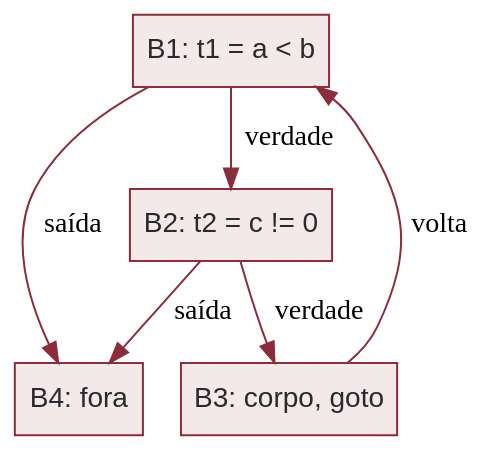
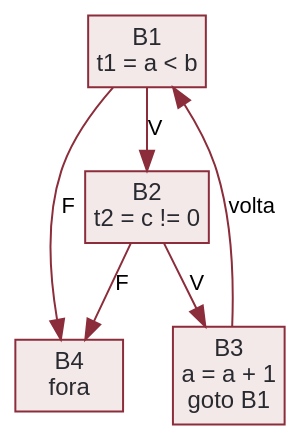
The diagram in src/content/c/fluxo.dot (rodrgds/resumos), drawn with Graphviz before and after one commit. The commit also changed 26 other files, not shown here.

Commit message:
docs(c): revise explanations, exercises and teaching diagrams

```diff
--- a/src/content/c/fluxo.dot
+++ b/src/content/c/fluxo.dot
@@ -1,14 +1,14 @@
 digraph Fluxo {
-  graph [bgcolor="transparent", rankdir=TB, pad=0.2];
-  node [shape=box, style=filled, fillcolor="#f3e9e9", color="#8c2d3b", fontcolor="#292a30", fontname="Arial", fontsize=14];
-  edge [color="#8c2d3b"];
-  B1 -> B2 [label="verdade"];
-  B1 -> B4 [label="saída"];
-  B2 -> B3 [label="verdade"];
-  B2 -> B4 [label="saída"];
+  graph [bgcolor="transparent", rankdir=TB, pad=0.1, nodesep=0.12, ranksep=0.4];
+  node [shape=box, margin=0.07, style=filled, fillcolor="#f3e9e9", color="#8c2d3b", fontcolor="#292a30", fontname="Arial", fontsize=12];
+  edge [color="#8c2d3b", fontname="Arial", fontsize=11];
+  B1 -> B2 [label="V"];
+  B1 -> B4 [label="F"];
+  B2 -> B3 [label="V"];
+  B2 -> B4 [label="F"];
   B3 -> B1 [label="volta"];
-  B1 [label="B1: t1 = a < b"];
-  B2 [label="B2: t2 = c != 0"];
-  B3 [label="B3: corpo, goto"];
-  B4 [label="B4: fora"];
+  B1 [label="B1\nt1 = a < b"];
+  B2 [label="B2\nt2 = c != 0"];
+  B3 [label="B3\na = a + 1\ngoto B1"];
+  B4 [label="B4\nfora"];
 }
```
